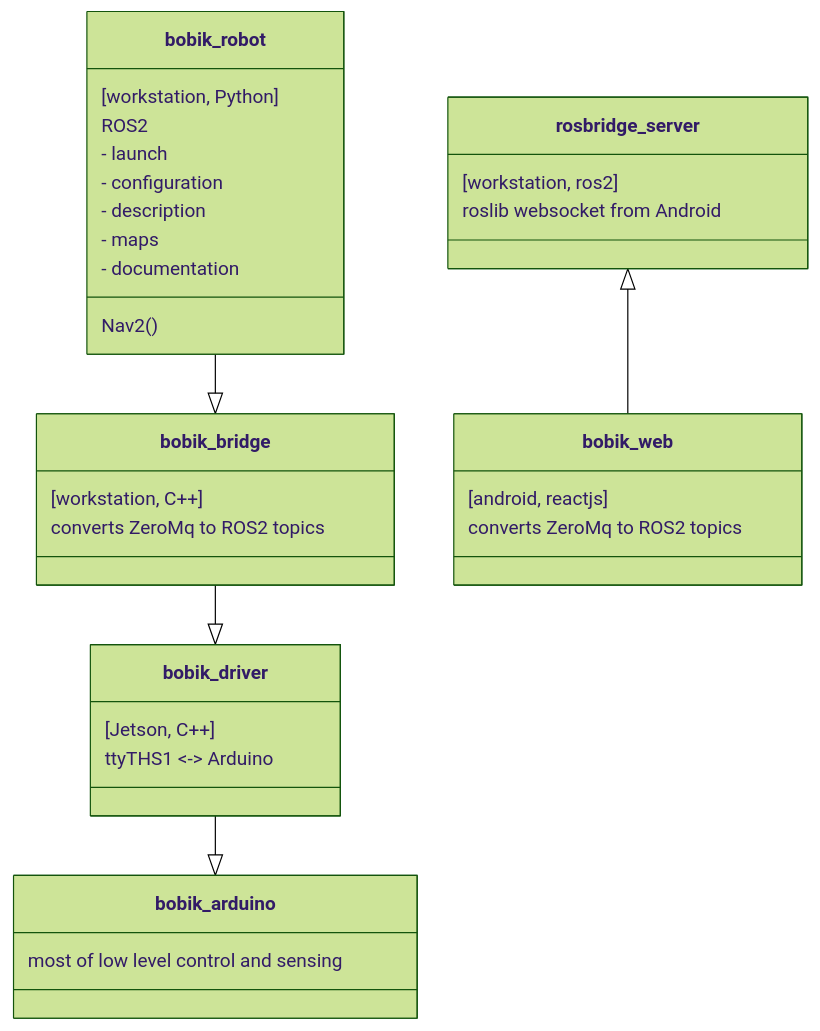
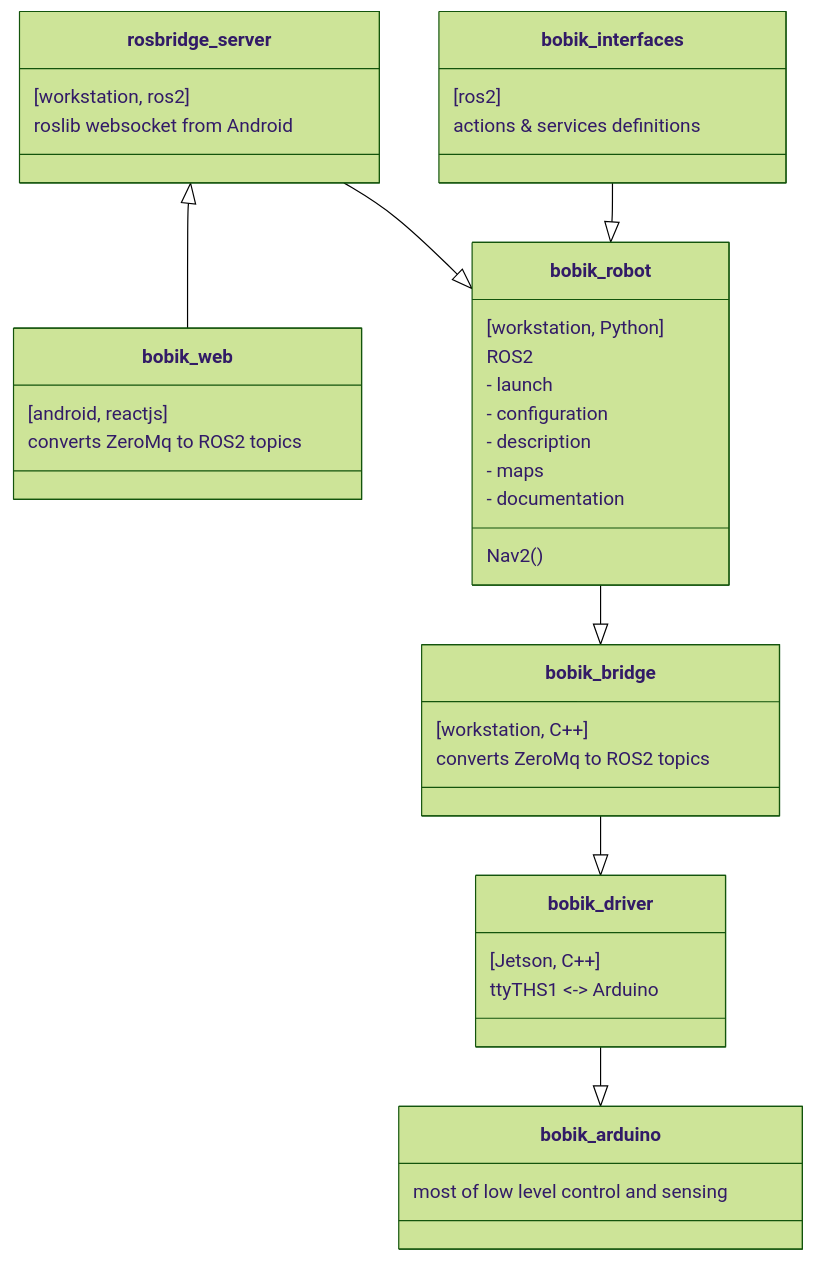
One commit to slesinger/bobik_robot changed the diagram in README.md. Above: the diagram before and after it, drawn with Mermaid (forest theme).

````diff
--- a/README.md
+++ b/README.md
@@ -11,41 +11,47 @@
 ```mermaid
 classDiagram
     bobik_robot --|> bobik_bridge
     bobik_bridge --|> bobik_driver
     bobik_driver --|> bobik_arduino
     rosbridge_server <|-- bobik_web
+    rosbridge_server --|> bobik_robot
+    bobik_interfaces --|> bobik_robot
 
     class bobik_robot {
         [workstation, Python]
         ROS2
         - launch
         - configuration
         - description
         - maps
         - documentation
         Nav2()
     }
     class bobik_bridge {
         [workstation, C++]
         converts ZeroMq to ROS2 topics
     }
     class bobik_driver {
         [Jetson, C++]
         ttyTHS1 <-> Arduino
     }
     class bobik_arduino {
         most of low level control and sensing
     }
 
     class rosbridge_server {
         [workstation, ros2]
         roslib websocket from Android
     }
     class bobik_web {
         [android, reactjs]
         converts ZeroMq to ROS2 topics
     }
+    class bobik_interfaces {
+        [ros2]
+        actions & services definitions
+    }
 
 
 
 ```
````
